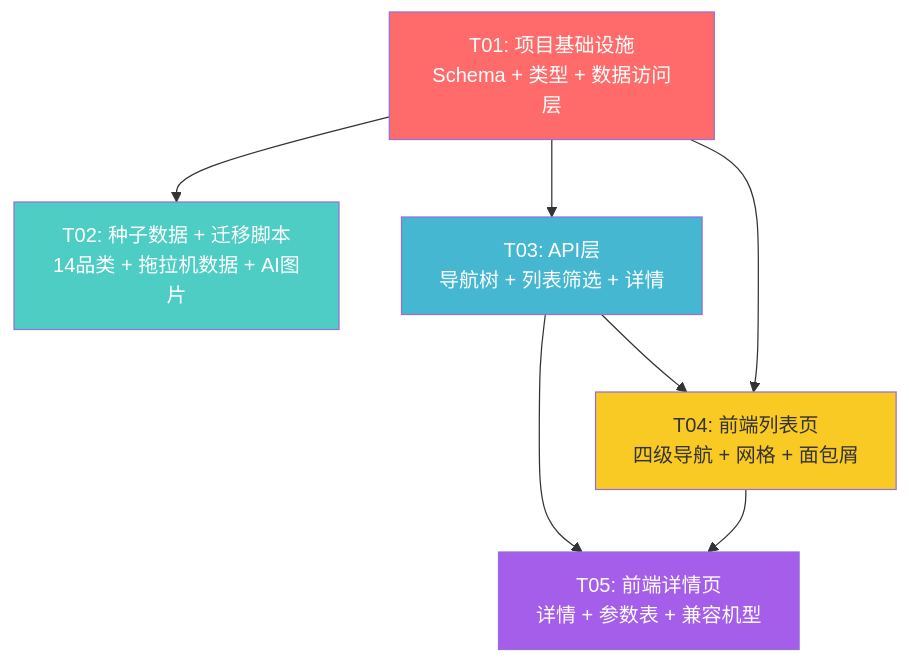
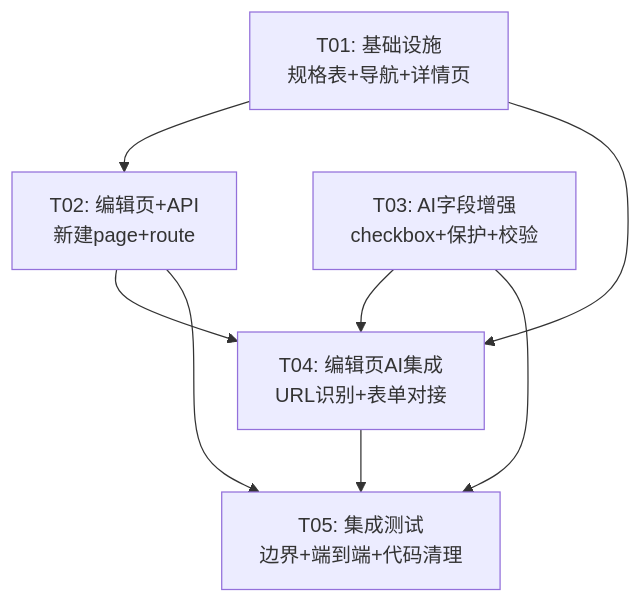
One commit to xwszlz/usedfarmmach changed the fifth of 5 diagrams in docs/system_design.md. Above: the diagram before and after it, drawn with Mermaid. The commit also changed other lines of this file and 7 other files, not shown here.

````diff
--- a/docs/system_design.md
+++ b/docs/system_design.md
@@ -826,21 +554,16 @@
 ```mermaid
 graph TD
-    T01[T01: 项目基础设施<br/>Schema + 类型 + 数据访问层]
-    T02[T02: 种子数据 + 迁移脚本<br/>14品类 + 拖拉机数据 + AI图片]
-    T03[T03: API层<br/>导航树 + 列表筛选 + 详情]
-    T04[T04: 前端列表页<br/>四级导航 + 网格 + 面包屑]
-    T05[T05: 前端详情页<br/>详情 + 参数表 + 兼容机型]
+    T01["T01: 基础设施<br/>规格表+导航+详情页"]
+    T02["T02: 编辑页+API<br/>新建page+route"]
+    T03["T03: AI字段增强<br/>checkbox+保护+校验"]
+    T04["T04: 编辑页AI集成<br/>URL识别+表单对接"]
+    T05["T05: 集成测试<br/>边界+端到端+代码清理"]
 
     T01 --> T02
-    T01 --> T03
+    T01 --> T04
     T03 --> T04
-    T01 --> T04
+    T02 --> T04
+    T02 --> T05
     T03 --> T05
     T04 --> T05
-
-    style T01 fill:#ff6b6b,color:#fff
-    style T02 fill:#4ecdc4,color:#fff
-    style T03 fill:#45b7d1,color:#fff
-    style T04 fill:#f9ca24,color:#333
-    style T05 fill:#a55eea,color:#fff
 ```
````
